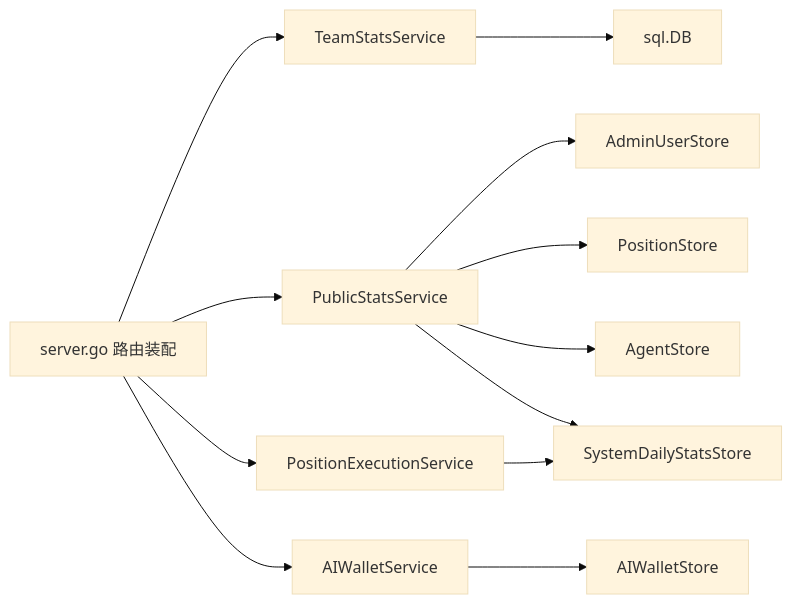
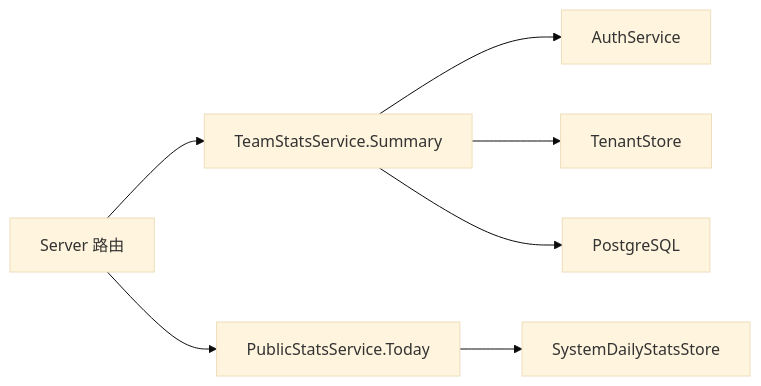
The fourth of 4 diagrams in .qoder/repowiki/zh/content/API接口文档/云端REST API/管理后台API/团队统计API.md (alvinwangzi/goodhr), drawn with Mermaid (base theme) before and after one commit. The commit also changed other lines of this file and 149 other files, not shown here.

````diff
--- a/.qoder/repowiki/zh/content/API接口文档/云端REST API/管理后台API/团队统计API.md
+++ b/.qoder/repowiki/zh/content/API接口文档/云端REST API/管理后台API/团队统计API.md
@@ -279,14 +194,9 @@
 ```mermaid
 graph LR
-Server["server.go 路由装配"] --> Team["TeamStatsService"]
-Server --> Public["PublicStatsService"]
-Server --> Exec["PositionExecutionService"]
-Server --> Wallet["AIWalletService"]
-Team --> DB["sql.DB"]
-Public --> Users["AdminUserStore"]
-Public --> Pos["PositionStore"]
-Public --> Agents["AgentStore"]
-Public --> Daily["SystemDailyStatsStore"]
-Exec --> Daily
-Wallet --> WalletStore["AIWalletStore"]
+Server["Server 路由"] --> TeamStats["TeamStatsService.Summary"]
+TeamStats --> Auth["AuthService"]
+TeamStats --> Tenant["TenantStore"]
+TeamStats --> DB["PostgreSQL"]
+Server --> PublicStats["PublicStatsService.Today"]
+PublicStats --> Daily["SystemDailyStatsStore"]
 ```
````
